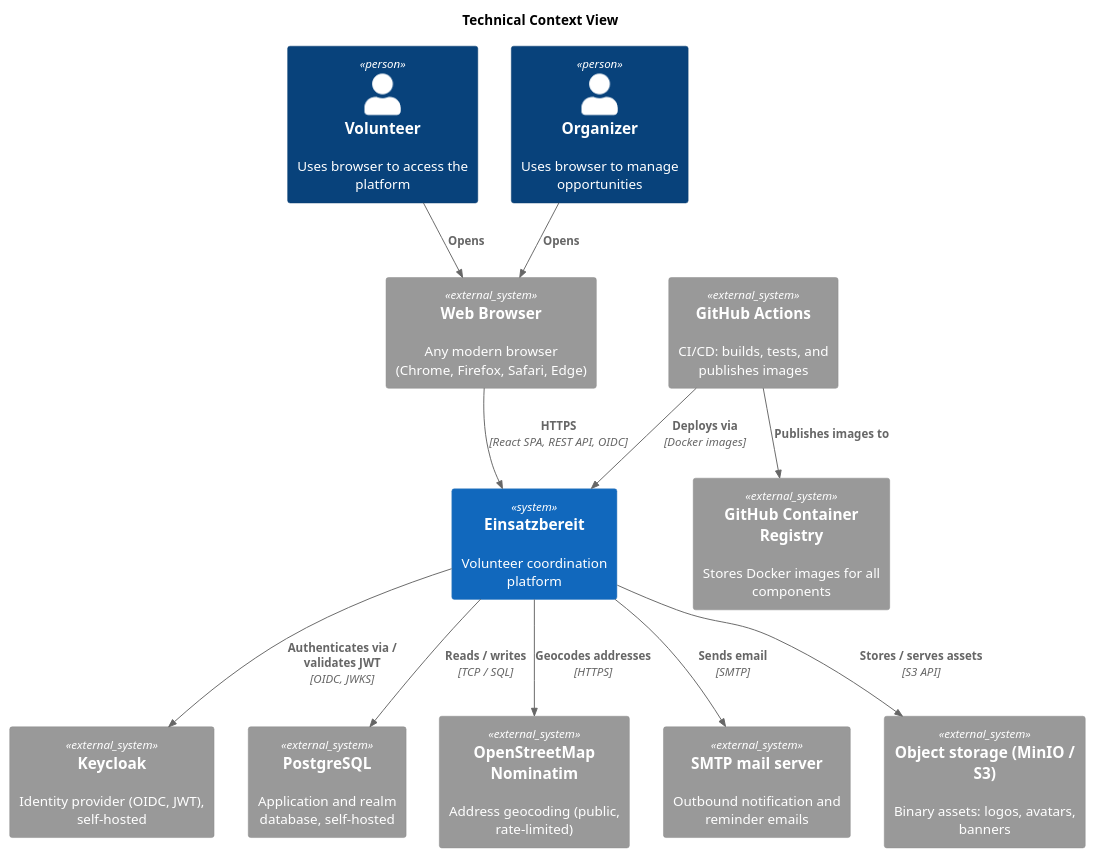
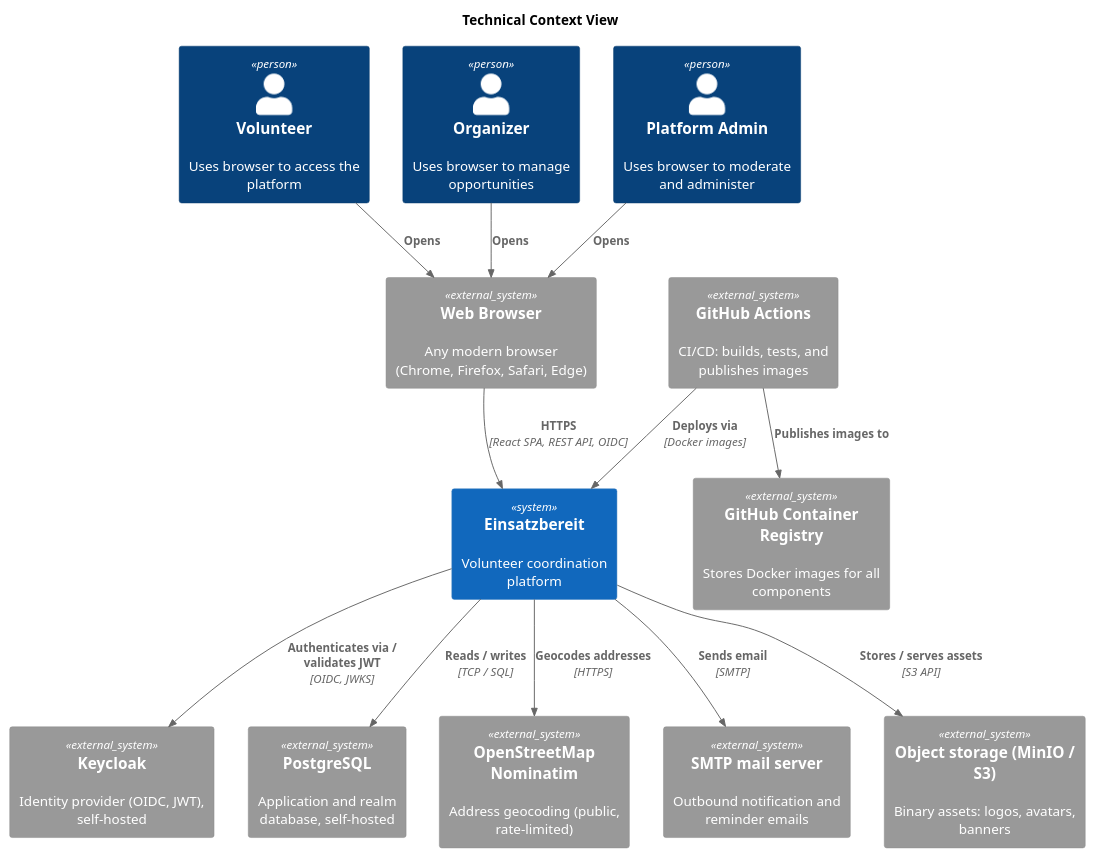
Before and after one commit to maik-hasler/einsatzbereit: the diagram in docs/Architecture/images/technical-context.puml, drawn with PlantUML. The commit also changed 17 other files, not shown here.

```diff
--- a/docs/Architecture/images/technical-context.puml
+++ b/docs/Architecture/images/technical-context.puml
@@ -1,32 +1,34 @@
 @startuml Technical Context
 
 !include <C4/C4_Context>
 
 title Technical Context View
 
 Person(volunteer, "Volunteer", "Uses browser to access the platform")
 Person(organizer, "Organizer", "Uses browser to manage opportunities")
+Person(admin, "Platform Admin", "Uses browser to moderate and administer")
 
 System(einsatzbereit, "Einsatzbereit", "Volunteer coordination platform")
 
 System_Ext(browser, "Web Browser", "Any modern browser (Chrome, Firefox, Safari, Edge)")
 System_Ext(ghcr, "GitHub Container Registry", "Stores Docker images for all components")
 System_Ext(github_actions, "GitHub Actions", "CI/CD: builds, tests, and publishes images")
 System_Ext(keycloak, "Keycloak", "Identity provider (OIDC, JWT), self-hosted")
 System_Ext(postgres, "PostgreSQL", "Application and realm database, self-hosted")
 System_Ext(nominatim, "OpenStreetMap Nominatim", "Address geocoding (public, rate-limited)")
 System_Ext(smtp, "SMTP mail server", "Outbound notification and reminder emails")
 System_Ext(objectstore, "Object storage (MinIO / S3)", "Binary assets: logos, avatars, banners")
 
 Rel(volunteer, browser, "Opens")
 Rel(organizer, browser, "Opens")
+Rel(admin, browser, "Opens")
 Rel(browser, einsatzbereit, "HTTPS", "React SPA, REST API, OIDC")
 Rel(github_actions, einsatzbereit, "Deploys via", "Docker images")
 Rel(github_actions, ghcr, "Publishes images to")
 Rel(einsatzbereit, keycloak, "Authenticates via / validates JWT", "OIDC, JWKS")
 Rel(einsatzbereit, postgres, "Reads / writes", "TCP / SQL")
 Rel(einsatzbereit, nominatim, "Geocodes addresses", "HTTPS")
 Rel(einsatzbereit, smtp, "Sends email", "SMTP")
 Rel(einsatzbereit, objectstore, "Stores / serves assets", "S3 API")
 
 @enduml
```
